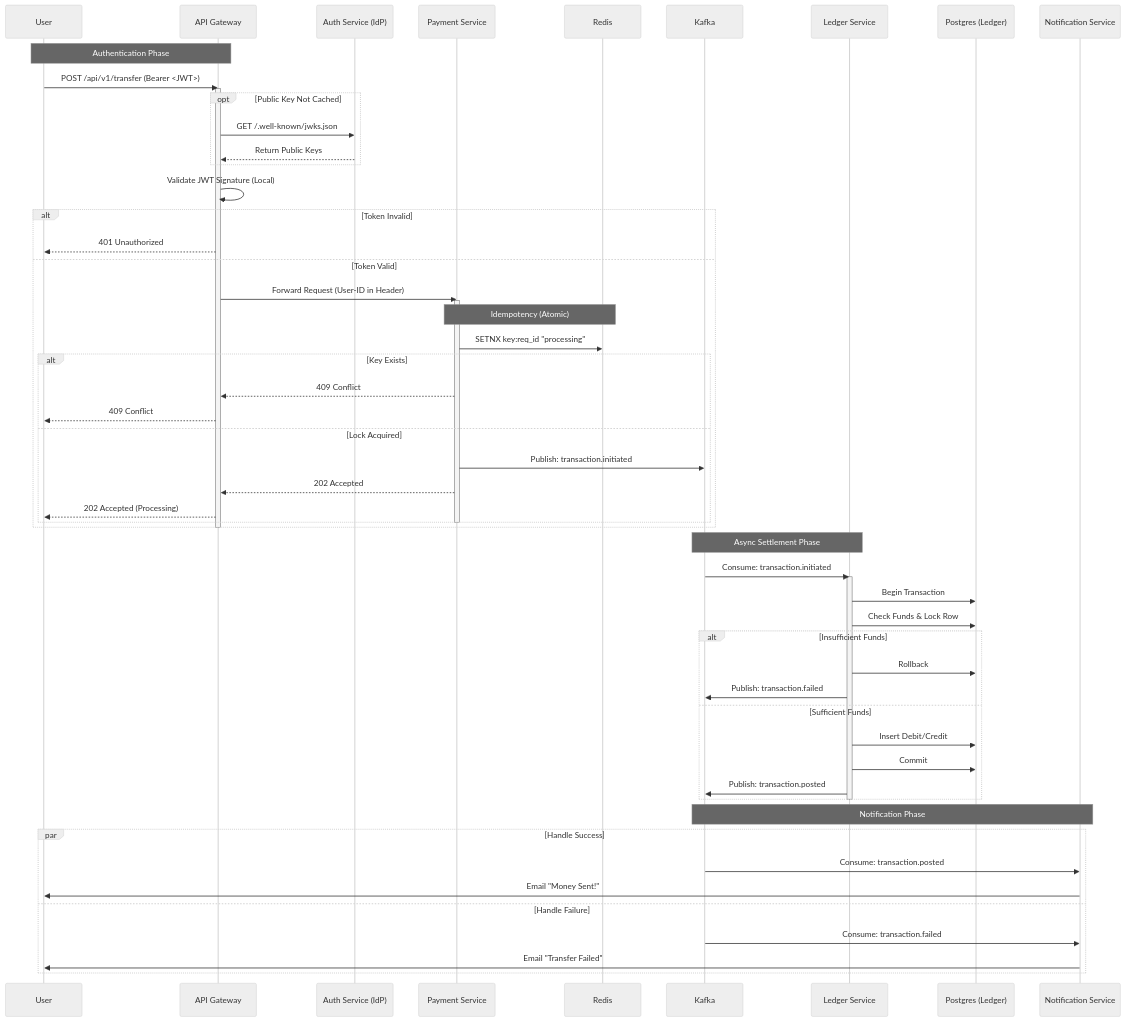
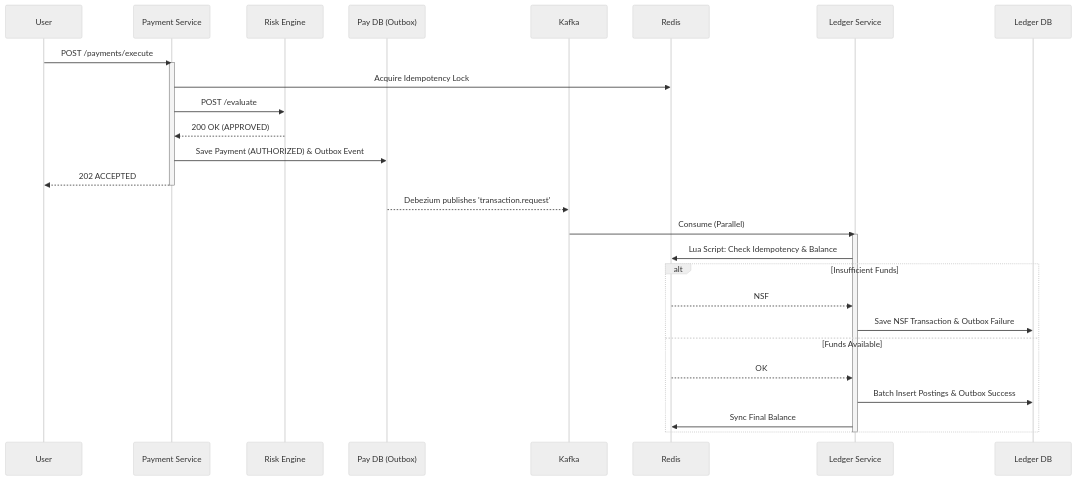
Before and after one commit to rixon15/Distributed-Payment-Ledger-System: the first of 2 diagrams in README.md, drawn with Mermaid (neutral theme). The commit also changed other lines of this file, not shown here.

````diff
--- a/README.md
+++ b/README.md
@@ -62,67 +80,33 @@
 ```mermaid
 sequenceDiagram
-    participant User as User
-    participant GW as API Gateway
-    participant Auth as Auth Service (IdP)
-    participant PG as Payment Service
+    participant User
+    participant Pay as Payment Service
+    participant Risk as Risk Engine
+    participant DB_P as Pay DB (Outbox)
+    participant Kafka
     participant Redis
-    participant Kafka
     participant Ledger as Ledger Service
-    participant DB as Postgres (Ledger)
-    participant Notif as Notification Service
+    participant DB_L as Ledger DB
+    User ->> Pay: POST /payments/execute
+    activate Pay
+    Pay ->> Redis: Acquire Idempotency Lock
+    Pay ->> Risk: POST /evaluate
+    Risk -->> Pay: 200 OK (APPROVED)
+    Pay ->> DB_P: Save Payment (AUTHORIZED) & Outbox Event
+    Pay -->> User: 202 ACCEPTED
+    deactivate Pay
+    DB_P -->> Kafka: Debezium publishes 'transaction.request'
+    Kafka ->> Ledger: Consume (Parallel)
+    activate Ledger
+    Ledger ->> Redis: Lua Script: Check Idempotency & Balance
 
-    Note over User, GW: Authentication Phase
-    User->>GW: POST /api/v1/transfer (Bearer <JWT>)
-    activate GW
-    opt Public Key Not Cached
-        GW->>Auth: GET /.well-known/jwks.json
-        Auth-->>GW: Return Public Keys
-    end
-
-    GW->>GW: Validate JWT Signature (Local)
-    alt Token Invalid
-        GW-->>User: 401 Unauthorized
-    else Token Valid
-        GW->>PG: Forward Request (User-ID in Header)
-        activate PG
-        
-        Note over PG, Redis: Idempotency (Atomic)
-        PG->>Redis: SETNX key:req_id "processing"
-        
-        alt Key Exists
-            PG-->>GW: 409 Conflict
-            GW-->>User: 409 Conflict
-        else Lock Acquired
-            PG->>Kafka: Publish: transaction.initiated
-            PG-->>GW: 202 Accepted
-        
-            GW-->>User: 202 Accepted (Processing)
-        end
-        deactivate PG
-    end
-    deactivate GW
-
-    Note over Kafka, Ledger: Async Settlement Phase
-    Kafka->>Ledger: Consume: transaction.initiated
-    activate Ledger
-    Ledger->>DB: Begin Transaction
-    Ledger->>DB: Check Funds & Lock Row
     alt Insufficient Funds
-        Ledger->>DB: Rollback
-        Ledger->>Kafka: Publish: transaction.failed
-    else Sufficient Funds
-        Ledger->>DB: Insert Debit/Credit
-        Ledger->>DB: Commit
-        Ledger->>Kafka: Publish: transaction.posted
+        Redis -->> Ledger: NSF
+        Ledger ->> DB_L: Save NSF Transaction & Outbox Failure
+    else Funds Available
+        Redis -->> Ledger: OK
+        Ledger ->> DB_L: Batch Insert Postings & Outbox Success
+        Ledger ->> Redis: Sync Final Balance
     end
     deactivate Ledger
-
-    Note over Kafka, Notif: Notification Phase
-    par Handle Success
-        Kafka->>Notif: Consume: transaction.posted
-        Notif->>User: Email "Money Sent!"
-    and Handle Failure
-        Kafka->>Notif: Consume: transaction.failed
-        Notif->>User: Email "Transfer Failed"
-    end
 ```
````
